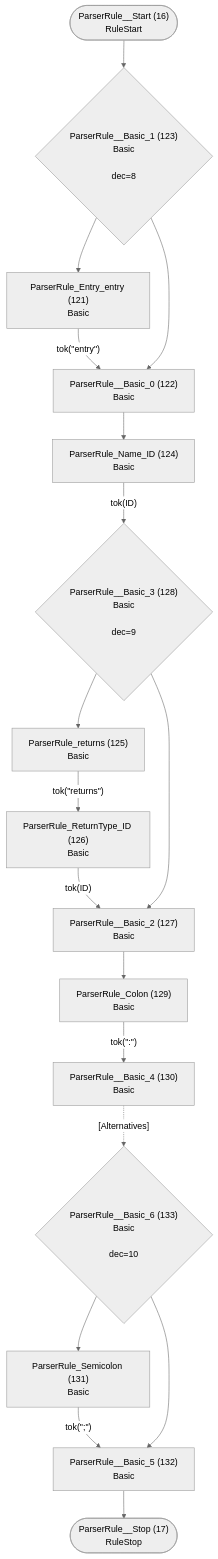
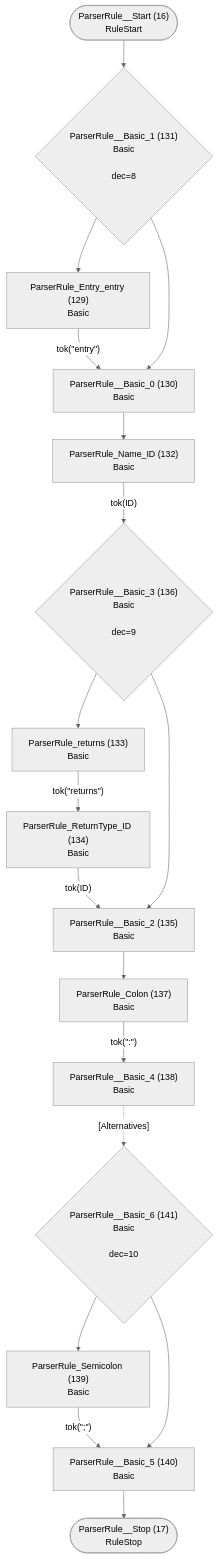
One commit to TypeFox/fastbelt changed the ninth of 29 diagrams in internal/grammar/atn.md. Above: the diagram before and after it, drawn with Mermaid (neutral theme). The commit also changed other lines of this file and 41 other files, not shown here.

````diff
--- a/internal/grammar/atn.md
+++ b/internal/grammar/atn.md
@@ -237,36 +242,36 @@
 ```mermaid
 flowchart TD
     q16(["ParserRule__Start (16)<br/>RuleStart"])
     q17(["ParserRule__Stop (17)<br/>RuleStop"])
-    q121["ParserRule_Entry_entry (121)<br/>Basic<br/>"]
-    q122["ParserRule__Basic_0 (122)<br/>Basic<br/>"]
-    q123{"ParserRule__Basic_1 (123)<br/>Basic<br/><br/>dec=8"}
-    q124["ParserRule_Name_ID (124)<br/>Basic<br/>"]
-    q125["ParserRule_returns (125)<br/>Basic<br/>"]
-    q126["ParserRule_ReturnType_ID (126)<br/>Basic<br/>"]
-    q127["ParserRule__Basic_2 (127)<br/>Basic<br/>"]
-    q128{"ParserRule__Basic_3 (128)<br/>Basic<br/><br/>dec=9"}
-    q129["ParserRule_Colon (129)<br/>Basic<br/>"]
-    q130["ParserRule__Basic_4 (130)<br/>Basic<br/>"]
-    q131["ParserRule_Semicolon (131)<br/>Basic<br/>"]
-    q132["ParserRule__Basic_5 (132)<br/>Basic<br/>"]
-    q133{"ParserRule__Basic_6 (133)<br/>Basic<br/><br/>dec=10"}
+    q129["ParserRule_Entry_entry (129)<br/>Basic<br/>"]
+    q130["ParserRule__Basic_0 (130)<br/>Basic<br/>"]
+    q131{"ParserRule__Basic_1 (131)<br/>Basic<br/><br/>dec=8"}
+    q132["ParserRule_Name_ID (132)<br/>Basic<br/>"]
+    q133["ParserRule_returns (133)<br/>Basic<br/>"]
+    q134["ParserRule_ReturnType_ID (134)<br/>Basic<br/>"]
+    q135["ParserRule__Basic_2 (135)<br/>Basic<br/>"]
+    q136{"ParserRule__Basic_3 (136)<br/>Basic<br/><br/>dec=9"}
+    q137["ParserRule_Colon (137)<br/>Basic<br/>"]
+    q138["ParserRule__Basic_4 (138)<br/>Basic<br/>"]
+    q139["ParserRule_Semicolon (139)<br/>Basic<br/>"]
+    q140["ParserRule__Basic_5 (140)<br/>Basic<br/>"]
+    q141{"ParserRule__Basic_6 (141)<br/>Basic<br/><br/>dec=10"}
 
-    q16 --> q123
-    q121 -->|"tok(&quot;entry&quot;)"| q122
-    q122 --> q124
-    q123 --> q121
-    q123 --> q122
-    q124 -->|"tok(ID)"| q128
-    q125 -->|"tok(&quot;returns&quot;)"| q126
-    q126 -->|"tok(ID)"| q127
-    q127 --> q129
-    q128 --> q125
-    q128 --> q127
-    q129 -->|"tok(&quot;:&quot;)"| q130
-    q130 -.->|"[Alternatives]"| q133
-    q131 -->|"tok(&quot;;&quot;)"| q132
-    q132 --> q17
-    q133 --> q131
-    q133 --> q132
+    q16 --> q131
+    q129 -->|"tok(&quot;entry&quot;)"| q130
+    q130 --> q132
+    q131 --> q129
+    q131 --> q130
+    q132 -->|"tok(ID)"| q136
+    q133 -->|"tok(&quot;returns&quot;)"| q134
+    q134 -->|"tok(ID)"| q135
+    q135 --> q137
+    q136 --> q133
+    q136 --> q135
+    q137 -->|"tok(&quot;:&quot;)"| q138
+    q138 -.->|"[Alternatives]"| q141
+    q139 -->|"tok(&quot;;&quot;)"| q140
+    q140 --> q17
+    q141 --> q139
+    q141 --> q140
 ```
````
